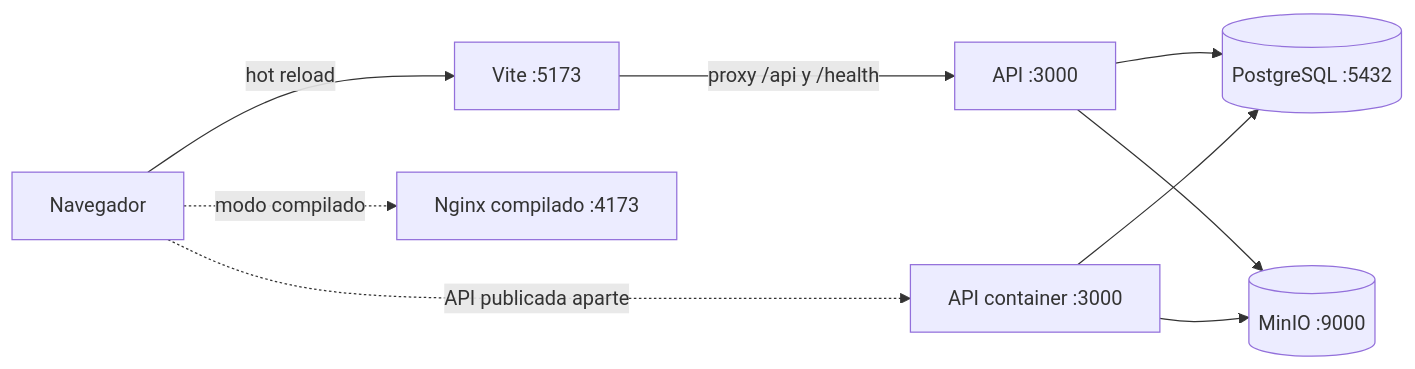
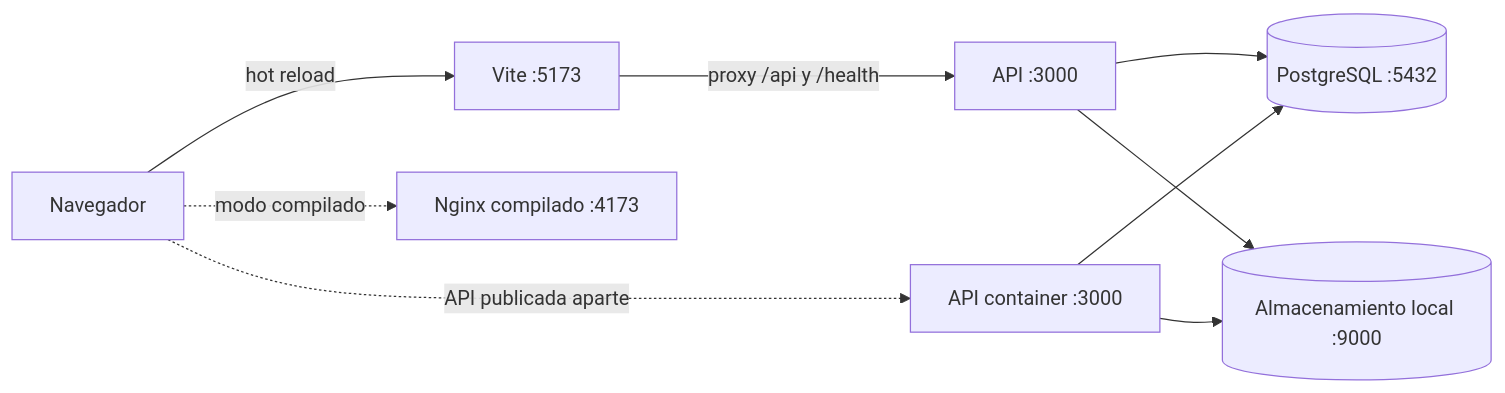
The fifth of 5 diagrams in docs/technical/infrastructure-and-operations.md (luistorres-idt/puk), drawn with Mermaid before and after one commit. The commit also changed other lines of this file and 14 other files, not shown here.

````diff
--- a/docs/technical/infrastructure-and-operations.md
+++ b/docs/technical/infrastructure-and-operations.md
@@ -305,20 +305,20 @@
 ```mermaid
 flowchart LR
     Browser[Navegador]
     Vite[Vite :5173]
     ApiHost[API :3000]
     WebCompose[Nginx compilado :4173]
     ApiCompose[API container :3000]
     PG[(PostgreSQL :5432)]
-    MinIO[(MinIO :9000)]
+    FileStore[(Almacenamiento local :9000)]
 
     Browser -->|hot reload| Vite
     Vite -->|proxy /api y /health| ApiHost
     ApiHost --> PG
-    ApiHost --> MinIO
+    ApiHost --> FileStore
 
     Browser -.->|modo compilado| WebCompose
     Browser -.->|API publicada aparte| ApiCompose
     ApiCompose --> PG
-    ApiCompose --> MinIO
+    ApiCompose --> FileStore
 ```
````
